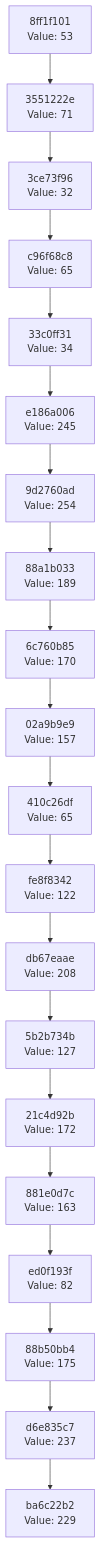
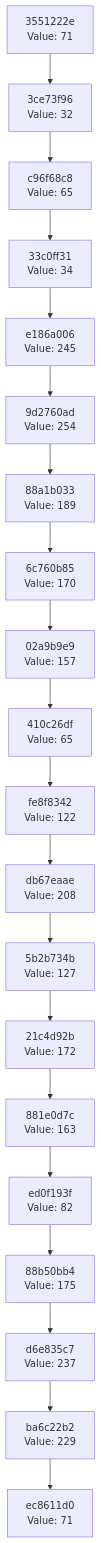
The diagram in docs/CHAIN_VISUALIZATION.md (Abhisheksinha1506/hash-chain-evolver), drawn with Mermaid before and after one commit. The commit also changed 1 other file, not shown here.

Commit message:
Evolution step: hash 0x47 → action executed

````diff
--- a/docs/CHAIN_VISUALIZATION.md
+++ b/docs/CHAIN_VISUALIZATION.md
@@ -3,42 +3,42 @@
 ```mermaid
 graph TD
-    C0["ba6c22b2<br/>Value: 229"]
-    C1["d6e835c7<br/>Value: 237"]
+    C0["ec8611d0<br/>Value: 71"]
+    C1["ba6c22b2<br/>Value: 229"]
     C1 --> C0
-    C2["88b50bb4<br/>Value: 175"]
+    C2["d6e835c7<br/>Value: 237"]
     C2 --> C1
-    C3["ed0f193f<br/>Value: 82"]
+    C3["88b50bb4<br/>Value: 175"]
     C3 --> C2
-    C4["881e0d7c<br/>Value: 163"]
+    C4["ed0f193f<br/>Value: 82"]
     C4 --> C3
-    C5["21c4d92b<br/>Value: 172"]
+    C5["881e0d7c<br/>Value: 163"]
     C5 --> C4
-    C6["5b2b734b<br/>Value: 127"]
+    C6["21c4d92b<br/>Value: 172"]
     C6 --> C5
-    C7["db67eaae<br/>Value: 208"]
+    C7["5b2b734b<br/>Value: 127"]
     C7 --> C6
-    C8["fe8f8342<br/>Value: 122"]
+    C8["db67eaae<br/>Value: 208"]
     C8 --> C7
-    C9["410c26df<br/>Value: 65"]
+    C9["fe8f8342<br/>Value: 122"]
     C9 --> C8
-    C10["02a9b9e9<br/>Value: 157"]
+    C10["410c26df<br/>Value: 65"]
     C10 --> C9
-    C11["6c760b85<br/>Value: 170"]
+    C11["02a9b9e9<br/>Value: 157"]
     C11 --> C10
-    C12["88a1b033<br/>Value: 189"]
+    C12["6c760b85<br/>Value: 170"]
     C12 --> C11
-    C13["9d2760ad<br/>Value: 254"]
+    C13["88a1b033<br/>Value: 189"]
     C13 --> C12
-    C14["e186a006<br/>Value: 245"]
+    C14["9d2760ad<br/>Value: 254"]
     C14 --> C13
-    C15["33c0ff31<br/>Value: 34"]
+    C15["e186a006<br/>Value: 245"]
     C15 --> C14
-    C16["c96f68c8<br/>Value: 65"]
+    C16["33c0ff31<br/>Value: 34"]
     C16 --> C15
-    C17["3ce73f96<br/>Value: 32"]
+    C17["c96f68c8<br/>Value: 65"]
     C17 --> C16
-    C18["3551222e<br/>Value: 71"]
+    C18["3ce73f96<br/>Value: 32"]
     C18 --> C17
-    C19["8ff1f101<br/>Value: 53"]
+    C19["3551222e<br/>Value: 71"]
     C19 --> C18
 ```
````
